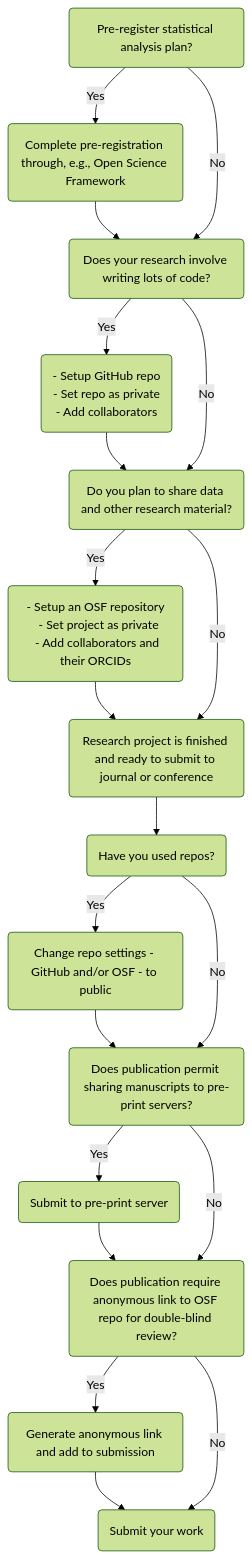
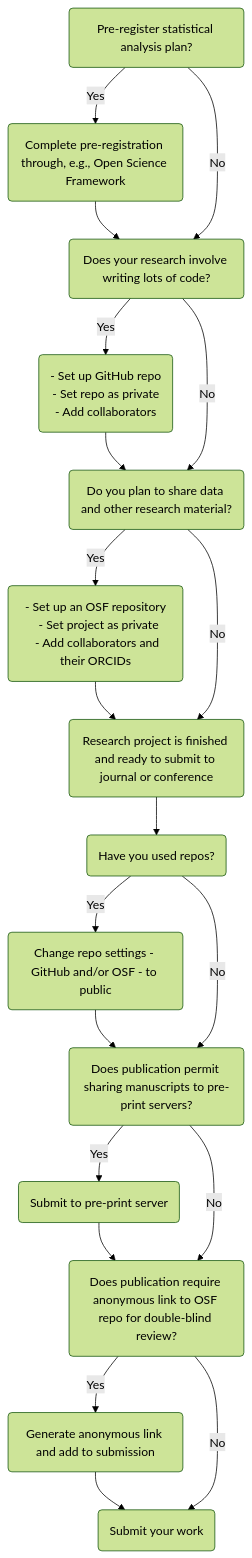
The diagram in ideas/posts/2023/11/06/how-to-open-science.qmd (realworlddatascience/realworlddatascience.github.io), drawn with Mermaid (forest theme) before and after one commit. The commit also changed other lines of this file and 2 other files, not shown here.

````diff
--- a/ideas/posts/2023/11/06/how-to-open-science.qmd
+++ b/ideas/posts/2023/11/06/how-to-open-science.qmd
@@ -148,13 +148,13 @@
 ```{mermaid}
 flowchart TD
-  D("- Setup GitHub repo
+  D("- Set up GitHub repo
   - Set repo as private
   - Add collaborators")
-  F("- Setup an OSF repository
+  F("- Set up an OSF repository
   - Set project as private
   - Add collaborators and their ORCIDs")
   A(Pre-register statistical analysis plan?) -- Yes --> B(Complete pre-registration through, e.g., Open Science Framework) --> C(Does your research involve writing lots of code?) -- Yes --> D --> E(Do you plan to share data and other research material?) -- Yes --> F --> G(Research project is finished and ready to submit to journal or conference)
   A -- No --> C -- No --> E -- No --> G
   G --> H(Have you used repos?) -- Yes --> I(Change repo settings - GitHub and/or OSF - to public) --> J(Does publication permit sharing manuscripts to pre-print servers?) -- Yes --> K(Submit to pre-print server) --> L(Does publication require anonymous link to OSF repo for double-blind review?) -- Yes --> M(Generate anonymous link and add to submission) --> N(Submit your work)
   H -- No --> J -- No --> L -- No --> N
 ```
````
